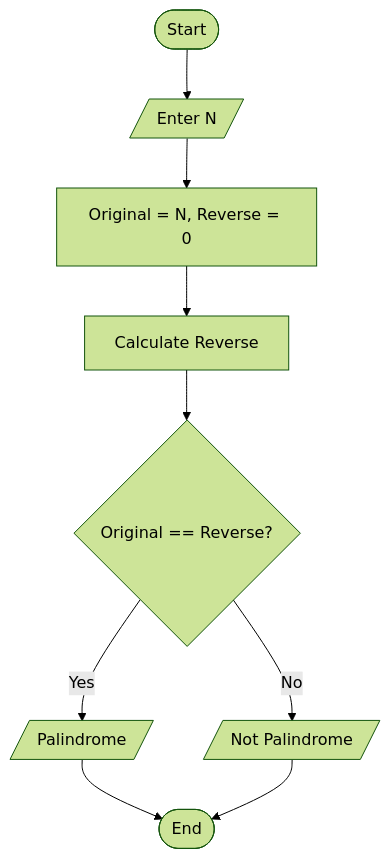
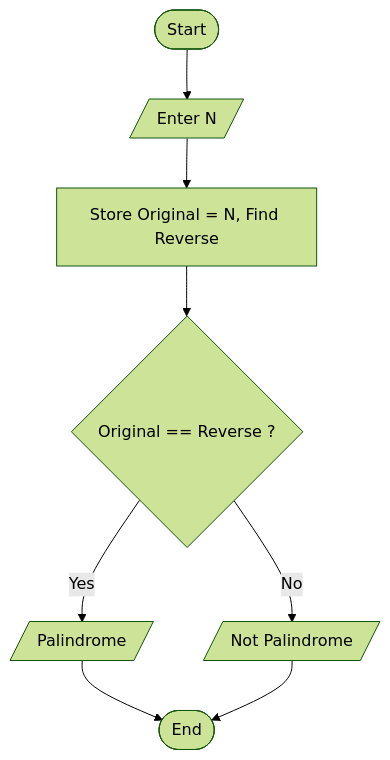
One commit to cwa-web/BasicPythonPrograms changed diagram 12 of 20 in README.md. Above: the diagram before and after it, drawn with Mermaid (forest theme). The commit also changed other lines of this file, not shown here.

First line of the commit message:
Refactor flow diagrams to use Mermaid syntax

````diff
--- a/README.md
+++ b/README.md
@@ -367,11 +384,10 @@
   ```mermaid
   flowchart TD
       A([Start]) --> B[/Enter N/]
-      B --> C[Original = N, Reverse = 0]
-      C --> D[Calculate Reverse]
-      D --> E{Original == Reverse?}
-      E -- Yes --> F[/Palindrome/]
-      E -- No --> G[/Not Palindrome/]
-      F --> H([End])
-      G --> H
+      B --> C["Store Original = N, Find Reverse"]
+      C --> D{"Original == Reverse ?"}
+      D -- Yes --> E[/Palindrome/]
+      D -- No --> F[/Not Palindrome/]
+      E --> G([End])
+      F --> G
   ```
````
